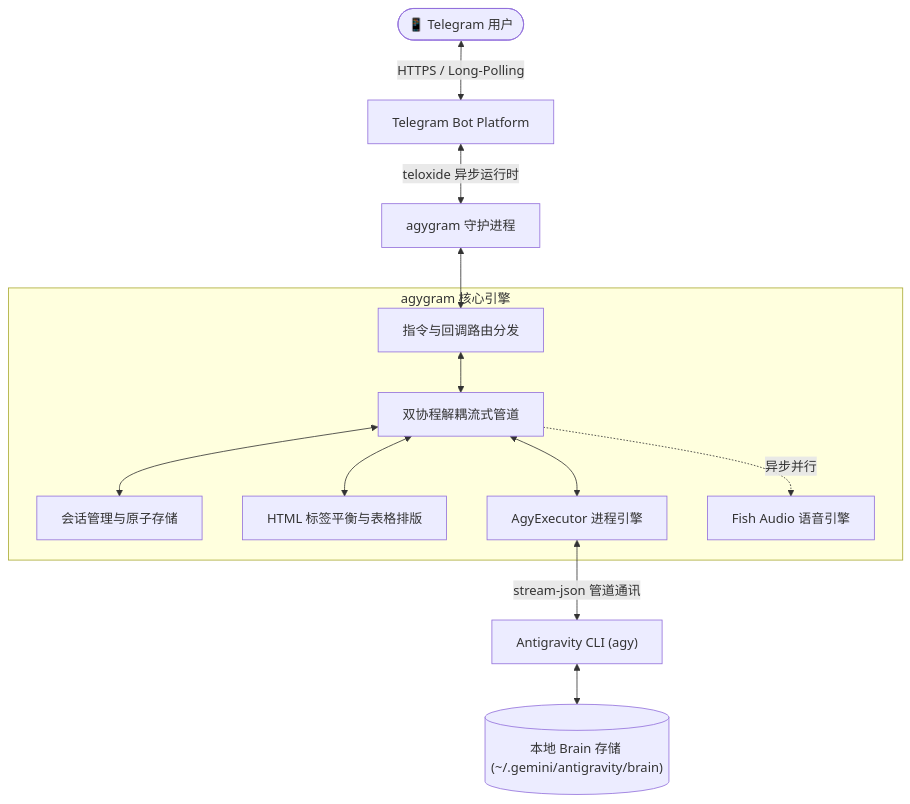
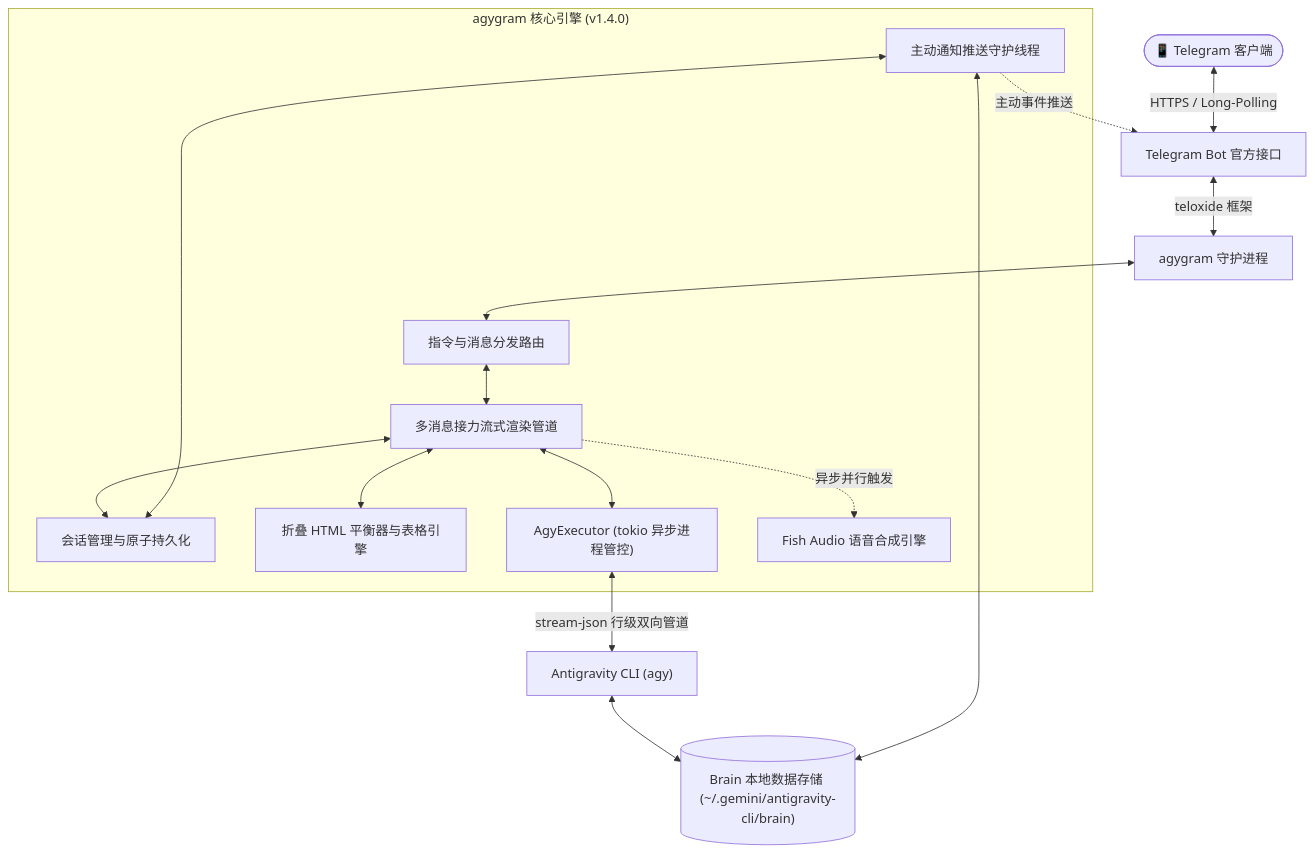
Before and after one commit to d3intran/agygram: the diagram in README_ZH.md, drawn with Mermaid. The commit also changed other lines of this file and 10 other files, not shown here.

````diff
--- a/README_ZH.md
+++ b/README_ZH.md
@@ -65,24 +74,28 @@
 ```mermaid
 flowchart TD
-    User(["📱 Telegram 用户"]) <-->|HTTPS / Long-Polling| BotAPI["Telegram Bot Platform"]
-    BotAPI <-->|teloxide 异步运行时| Daemon["agygram 守护进程"]
+    User(["📱 Telegram 客户端"]) <-->|HTTPS / Long-Polling| BotAPI["Telegram Bot 官方接口"]
+    BotAPI <-->|teloxide 框架| Daemon["agygram 守护进程"]
 
-    subgraph agygram_Core ["agygram 核心引擎"]
-        Dispatcher["指令与回调路由分发"]
-        Pipeline["双协程解耦流式管道"]
-        SessionMgr["会话管理与原子存储"]
-        Formatter["HTML 标签平衡与表格排版"]
-        Executor["AgyExecutor 进程引擎"]
-        TTS["Fish Audio 语音引擎"]
+    subgraph agygram_Core ["agygram 核心引擎 (v1.4.0)"]
+        Dispatcher["指令与消息分发路由"]
+        Pipeline["多消息接力流式渲染管道"]
+        SessionMgr["会话管理与原子持久化"]
+        Formatter["折叠 HTML 平衡器与表格引擎"]
+        Executor["AgyExecutor (tokio 异步进程管控)"]
+        Notifier["主动通知推送守护线程"]
+        TTS["Fish Audio 语音合成引擎"]
     end
 
     Daemon <--> Dispatcher
     Dispatcher <--> Pipeline
     Pipeline <--> SessionMgr
     Pipeline <--> Formatter
     Pipeline <--> Executor
-    Pipeline -.->|异步并行| TTS
+    Pipeline -.->|异步并行触发| TTS
+    Notifier <--> SessionMgr
+    Notifier -.->|主动事件推送| BotAPI
 
-    Executor <-->|"stream-json 管道通讯"| AgyCLI["Antigravity CLI (agy)"]
-    AgyCLI <--> BrainStore[("本地 Brain 存储 (~/.gemini/antigravity/brain)")]
+    Executor <-->|"stream-json 行级双向管道"| AgyCLI["Antigravity CLI (agy)"]
+    AgyCLI <--> BrainStore[("Brain 本地数据存储 (~/.gemini/antigravity-cli/brain)")]
+    Notifier <--> BrainStore
 ```
````
